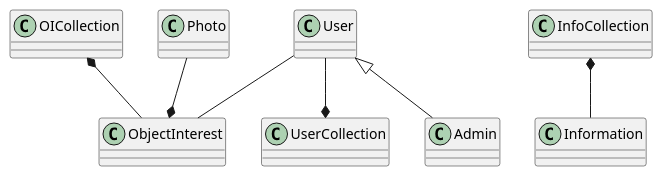
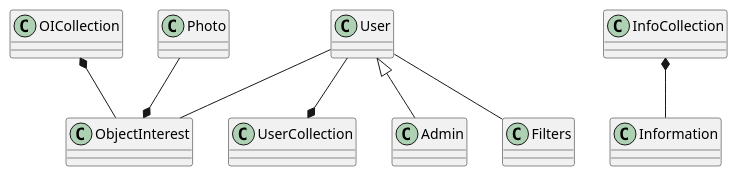
The diagram in lab2/Entity Class.puml (Jennglebell/CZ2006-AAAAAA), drawn with PlantUML before and after one commit. The commit also changed 4 other files, not shown here.

First line of the commit message:
Updated Sequence Diagram

```diff
--- a/lab2/Entity Class.puml
+++ b/lab2/Entity Class.puml
@@ -1,8 +1,9 @@
 @startuml Entity Class Diagram
 OICollection *-- ObjectInterest
 Photo --* ObjectInterest
 User --* UserCollection
 User <|-- Admin
 User -- ObjectInterest
+User -- Filters
 InfoCollection *-- Information
 @enduml
```
